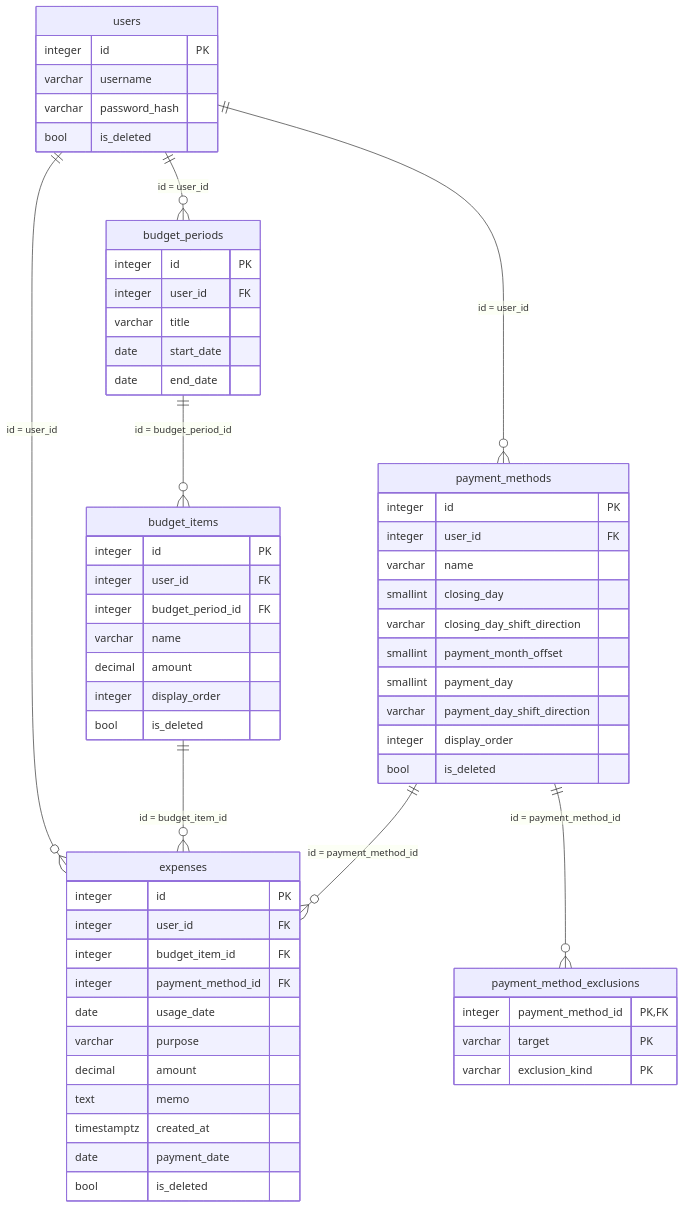
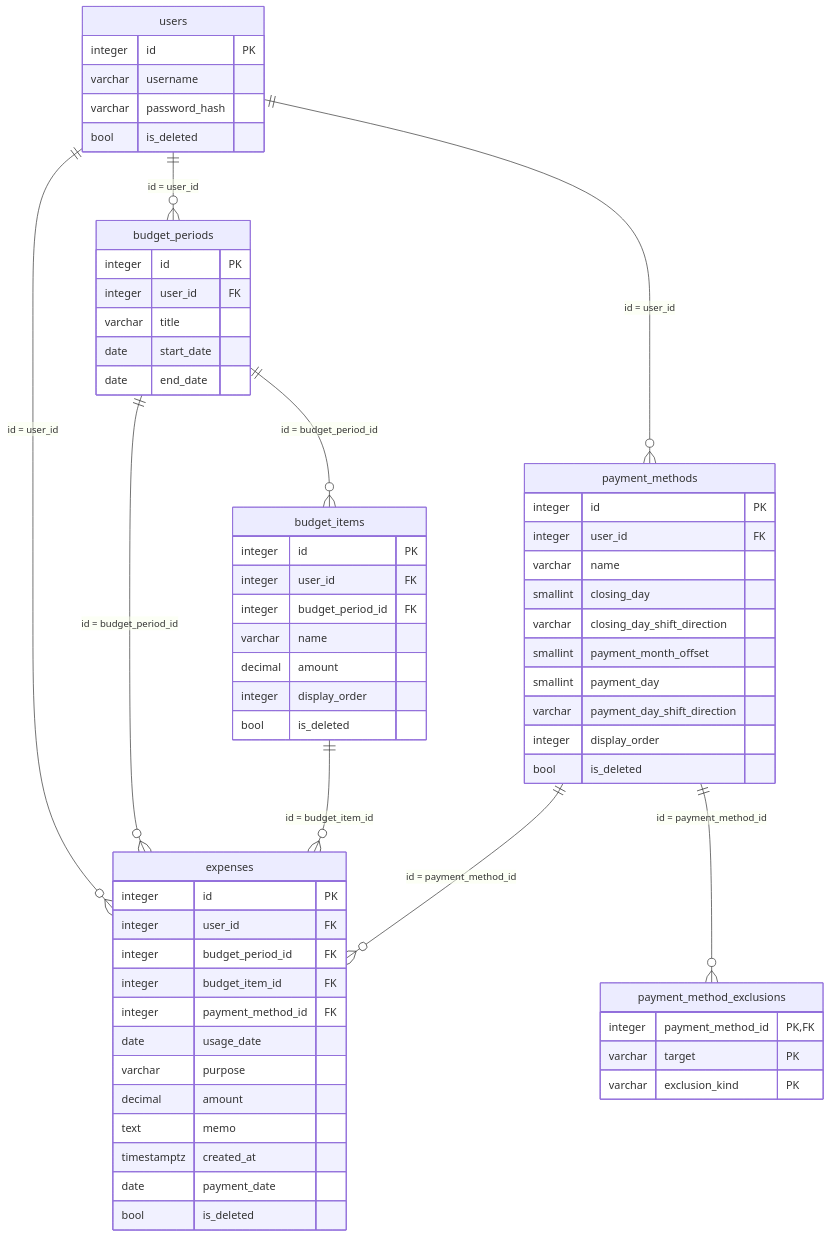
The diagram in specs/expense-management/db-design.md (u1tym/claude_webapp), drawn with Mermaid before and after one commit. The commit also changed other lines of this file and 11 other files, not shown here.

````diff
--- a/specs/expense-management/db-design.md
+++ b/specs/expense-management/db-design.md
@@ -21,62 +21,64 @@
 ```mermaid
 erDiagram
     users ||--o{ budget_periods : "id = user_id"
     users ||--o{ payment_methods : "id = user_id"
     users ||--o{ expenses : "id = user_id"
     budget_periods ||--o{ budget_items : "id = budget_period_id"
     payment_methods ||--o{ payment_method_exclusions : "id = payment_method_id"
+    budget_periods ||--o{ expenses : "id = budget_period_id"
     budget_items ||--o{ expenses : "id = budget_item_id"
     payment_methods ||--o{ expenses : "id = payment_method_id"
     users {
         integer id PK
         varchar username
         varchar password_hash
         bool is_deleted
     }
     budget_periods {
         integer id PK
         integer user_id FK
         varchar title
         date start_date
         date end_date
     }
     budget_items {
         integer id PK
         integer user_id FK
         integer budget_period_id FK
         varchar name
         decimal amount
         integer display_order
         bool is_deleted
     }
     payment_methods {
         integer id PK
         integer user_id FK
         varchar name
         smallint closing_day
         varchar closing_day_shift_direction
         smallint payment_month_offset
         smallint payment_day
         varchar payment_day_shift_direction
         integer display_order
         bool is_deleted
     }
     payment_method_exclusions {
         integer payment_method_id PK, FK
         varchar target PK
         varchar exclusion_kind PK
     }
     expenses {
         integer id PK
         integer user_id FK
+        integer budget_period_id FK
         integer budget_item_id FK
         integer payment_method_id FK
         date usage_date
         varchar purpose
         decimal amount
         text memo
         timestamptz created_at
         date payment_date
         bool is_deleted
     }
 ```
````
